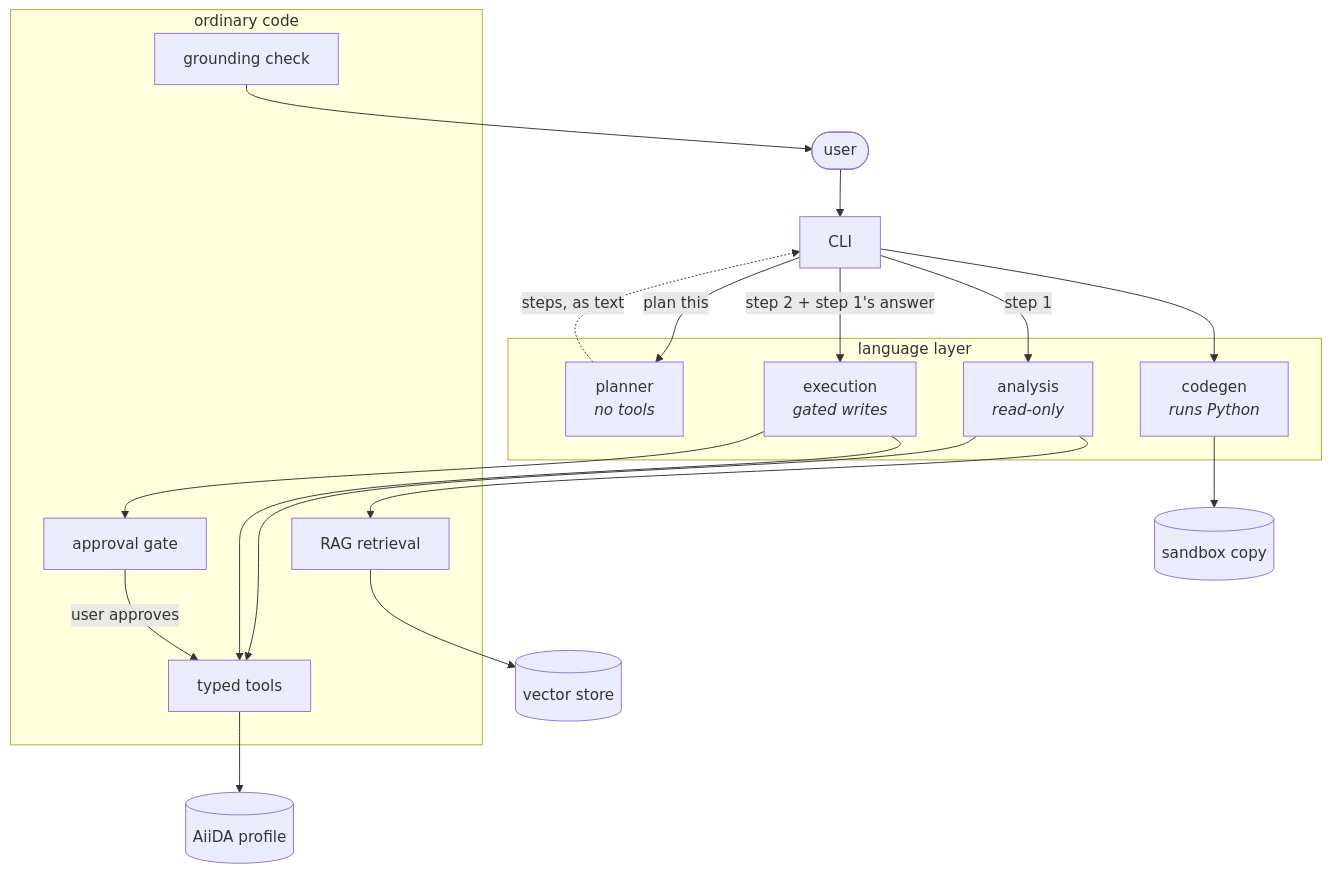
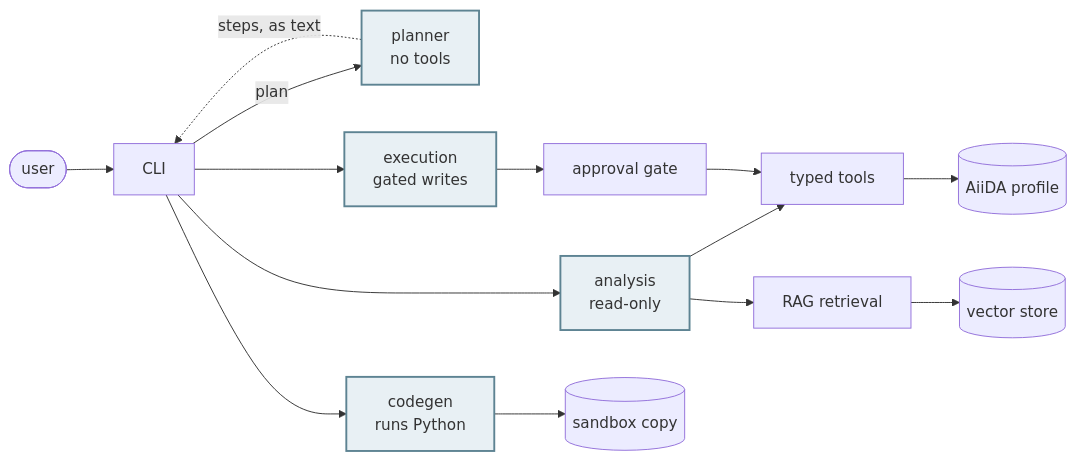
Before and after one commit to Jaweria-B/aiida-agents-seminar: the diagram in slides.md, drawn with Mermaid. The commit also changed other lines of this file and 4 other files, not shown here.

````diff
--- a/slides.md
+++ b/slides.md
@@ -255,34 +412,22 @@
 ```mermaid {scale: 0.62}
-flowchart TB
+flowchart LR
     User([user]) --> CLI
 
-    subgraph agents [language layer]
-        Planner[planner<br/><i>no tools</i>]
-        Analysis[analysis<br/><i>read-only</i>]
-        Execution[execution<br/><i>gated writes</i>]
-        Codegen[codegen<br/><i>runs Python</i>]
-    end
+    CLI -->|plan| Planner[planner<br/>no tools]
+    Planner -.->|steps, as text| CLI
 
-    subgraph deterministic [ordinary code]
-        Tools[typed tools]
-        RAG[RAG retrieval]
-        HITL[approval gate]
-        Ground[grounding check]
-    end
+    CLI --> Analysis[analysis<br/>read-only]
+    CLI --> Execution[execution<br/>gated writes]
+    CLI --> Codegen[codegen<br/>runs Python]
 
-    CLI -->|plan this| Planner
-    Planner -.->|steps, as text| CLI
-    CLI -->|step 1| Analysis
-    CLI -->|step 2 + step 1's answer| Execution
-    CLI --> Codegen
+    Analysis --> Tools[typed tools]
+    Analysis --> RAG[RAG retrieval]
+    Execution --> HITL[approval gate]
+    HITL --> Tools
+    Codegen --> Sandbox[(sandbox copy)]
+    RAG --> Store[(vector store)]
+    Tools --> Profile[(AiiDA profile)]
 
-    Analysis --> Tools
-    Execution --> Tools
-    Analysis --> RAG
-    Execution --> HITL
-    HITL -->|user approves| Tools
-    Codegen --> Sand[(sandbox copy)]
-    Tools --> AiiDA[(AiiDA profile)]
-    RAG --> Vec[(vector store)]
-    Ground --> User
+    classDef model fill:#e8f0f4,stroke:#5d8392,stroke-width:2px
+    class Planner,Analysis,Execution,Codegen model
 ```
````
